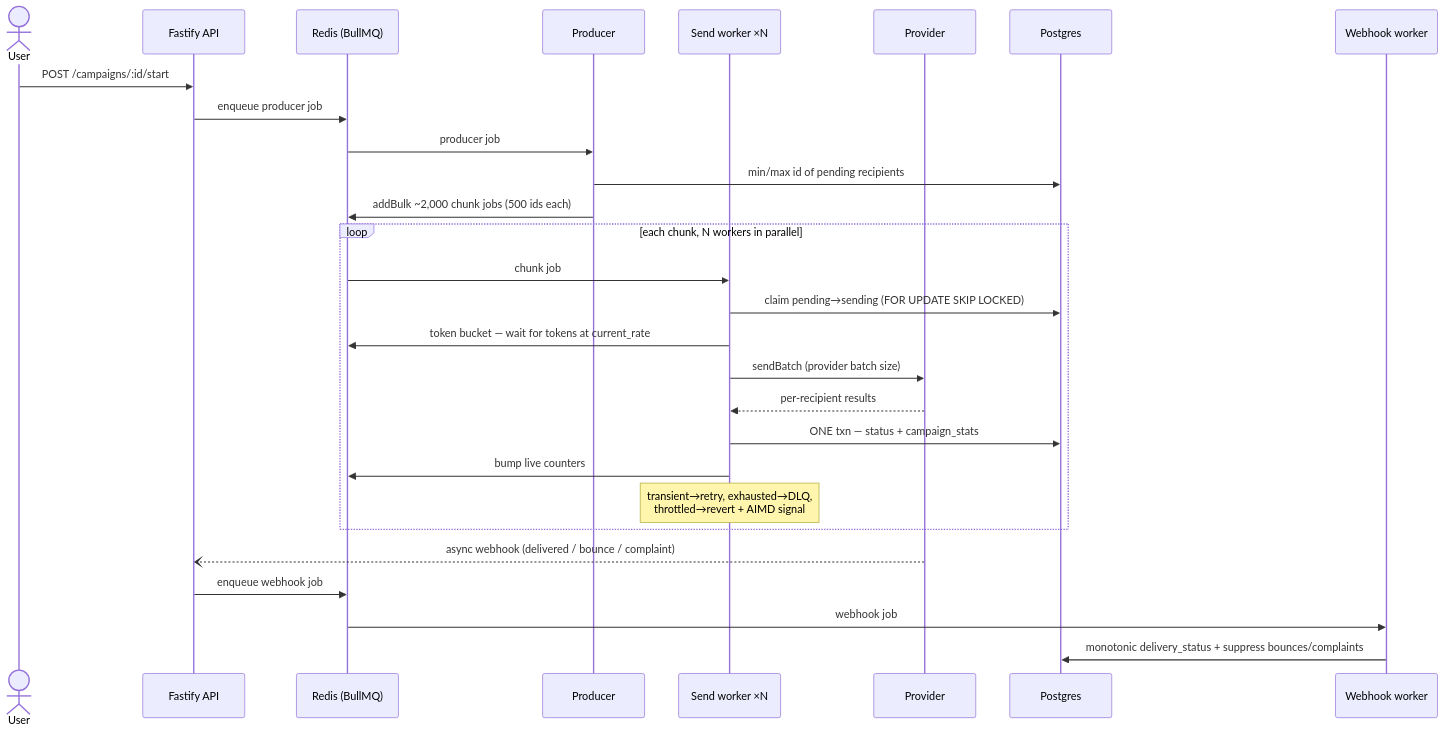
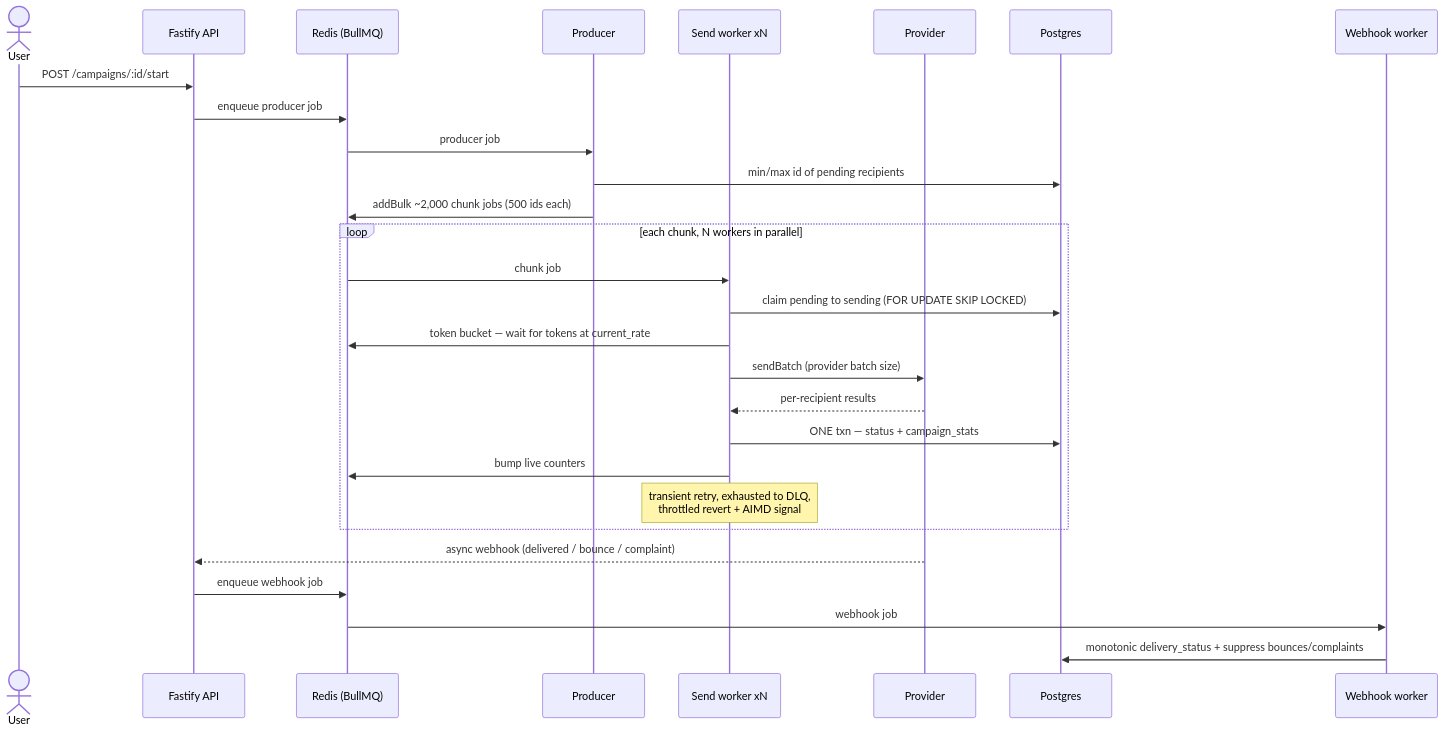
The second of 3 diagrams in README.md (mnashrullah/campaign-flow), drawn with Mermaid before and after one commit. The commit also changed other lines of this file and 5 other files, not shown here.

First line of the commit message:
Fix mermaid diagrams for GitHub rendering; compress screenshots

````diff
--- a/README.md
+++ b/README.md
@@ -144,31 +147,31 @@
 ```mermaid
 sequenceDiagram
   actor U as User
   participant API as Fastify API
   participant RD as Redis (BullMQ)
   participant PR as Producer
-  participant W as Send worker ×N
+  participant W as Send worker xN
   participant PV as Provider
   participant PG as Postgres
   participant WK as Webhook worker
 
   U->>API: POST /campaigns/:id/start
   API->>RD: enqueue producer job
   RD->>PR: producer job
   PR->>PG: min/max id of pending recipients
   PR->>RD: addBulk ~2,000 chunk jobs (500 ids each)
   loop each chunk, N workers in parallel
     RD->>W: chunk job
-    W->>PG: claim pending→sending (FOR UPDATE SKIP LOCKED)
+    W->>PG: claim pending to sending (FOR UPDATE SKIP LOCKED)
     W->>RD: token bucket — wait for tokens at current_rate
     W->>PV: sendBatch (provider batch size)
     PV-->>W: per-recipient results
     W->>PG: ONE txn — status + campaign_stats
     W->>RD: bump live counters
-    Note over W: transient→retry, exhausted→DLQ,<br/>throttled→revert + AIMD signal
+    Note over W: transient retry, exhausted to DLQ,<br>throttled revert + AIMD signal
   end
-  PV--)API: async webhook (delivered / bounce / complaint)
+  PV-->>API: async webhook (delivered / bounce / complaint)
   API->>RD: enqueue webhook job
   RD->>WK: webhook job
   WK->>PG: monotonic delivery_status + suppress bounces/complaints
 ```
````
